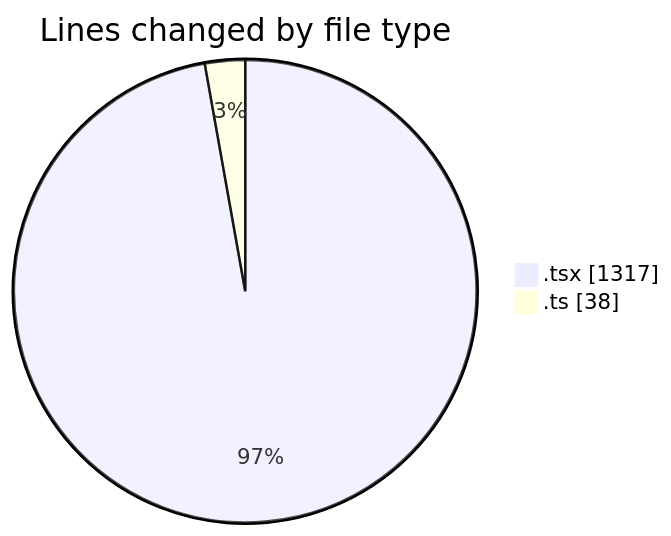
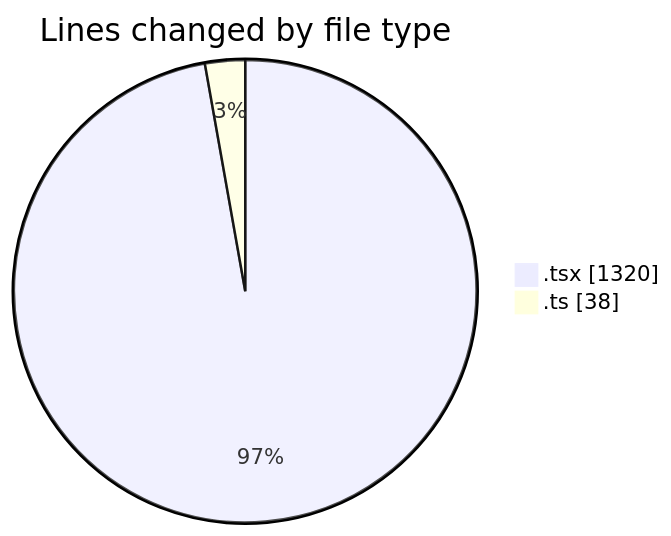
The first of 2 diagrams in 2025-02-11/cda/README.md (momahboobian/code-tracking), drawn with Mermaid before and after one commit. The commit also changed other lines of this file and 1 other file, not shown here.

Commit message:
Type: refactor Scope: cda/types Brief summary: Refactoring of type definitions in cda/README.md Modified functions: * RequestForm.tsx * types.ts * GenerateOptions.ts * GenerateOptions.tsx Files changed: * 2025-02-11/activity.json * 2025-02-11/cda/README.md Activity duration: 141 minutes

````diff
--- a/2025-02-11/cda/README.md
+++ b/2025-02-11/cda/README.md
@@ -23,6 +23,6 @@
 ```mermaid
 pie showData
 title Lines changed by file type
-".tsx" : 1317
+".tsx" : 1320
 ".ts" : 38
 ```
````
